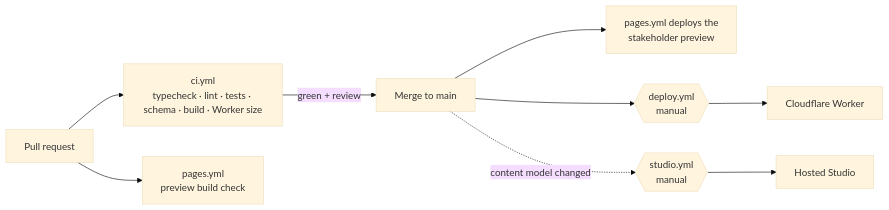
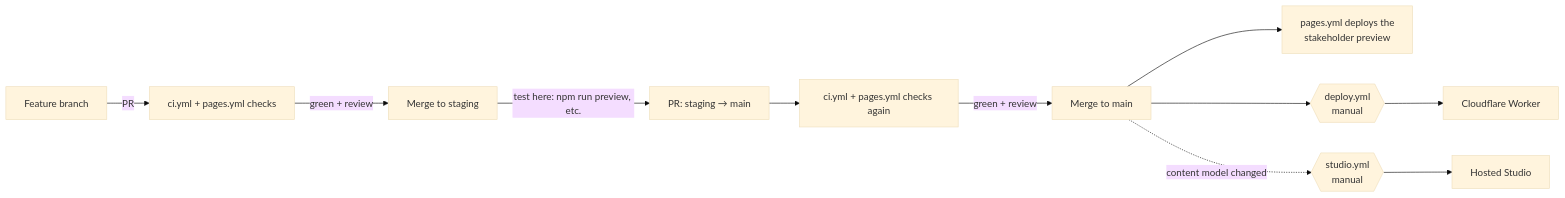
The second of 2 diagrams in README.md (Oso-Nice-Sites/dominic4tn), drawn with Mermaid (base theme) before and after one commit. The commit also changed other lines of this file and 1 other file, not shown here.

First line of the commit message:
Introduce a staging branch: test here, then promote to main

````diff
--- a/README.md
+++ b/README.md
@@ -289,9 +295,11 @@
 ```mermaid
 flowchart LR
-  PR[Pull request] --> CI[ci.yml<br/>typecheck · lint · tests · schema · build · Worker size]
-  PR --> PV[pages.yml<br/>preview build check]
-  CI -->|green + review| M[Merge to main]
-  M --> PP[pages.yml deploys the<br/>stakeholder preview]
-  M --> DEP{{deploy.yml<br/>manual}} --> CF[Cloudflare Worker]
-  M -.->|content model changed| ST{{studio.yml<br/>manual}} --> SH[Hosted Studio]
+  FB[Feature branch] -->|PR| CI1[ci.yml + pages.yml checks]
+  CI1 -->|green + review| MS[Merge to staging]
+  MS -->|test here: npm run preview, etc.| PM[PR: staging → main]
+  PM --> CI2[ci.yml + pages.yml checks again]
+  CI2 -->|green + review| MM[Merge to main]
+  MM --> PP[pages.yml deploys the<br/>stakeholder preview]
+  MM --> DEP{{deploy.yml<br/>manual}} --> CF[Cloudflare Worker]
+  MM -.->|content model changed| ST{{studio.yml<br/>manual}} --> SH[Hosted Studio]
 ```
````
